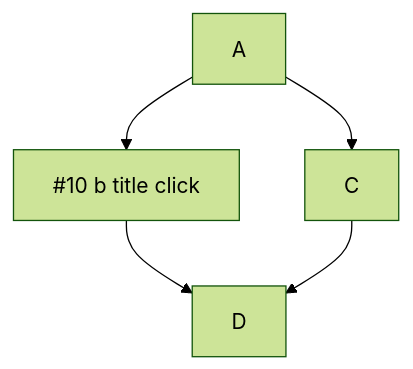
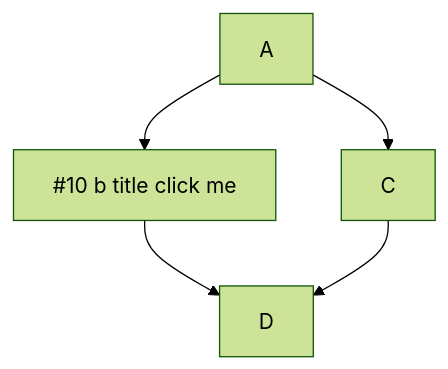
One commit to sdzialowski-godaddy/mermaid changed the first of 5 diagrams in README-template.md. Above: the diagram before and after it, drawn with Mermaid (forest theme). The commit also changed 1 other file, not shown here.

Commit message:
clikc me

````diff
--- a/README-template.md
+++ b/README-template.md
@@ -27,7 +27,7 @@
 ```mermaid
   graph TD;
-      A-->B[#10 b title click];
+      A-->B[#10 b title click me];
       A-->C;
       B-->D;
       C-->D;
 ```
````
